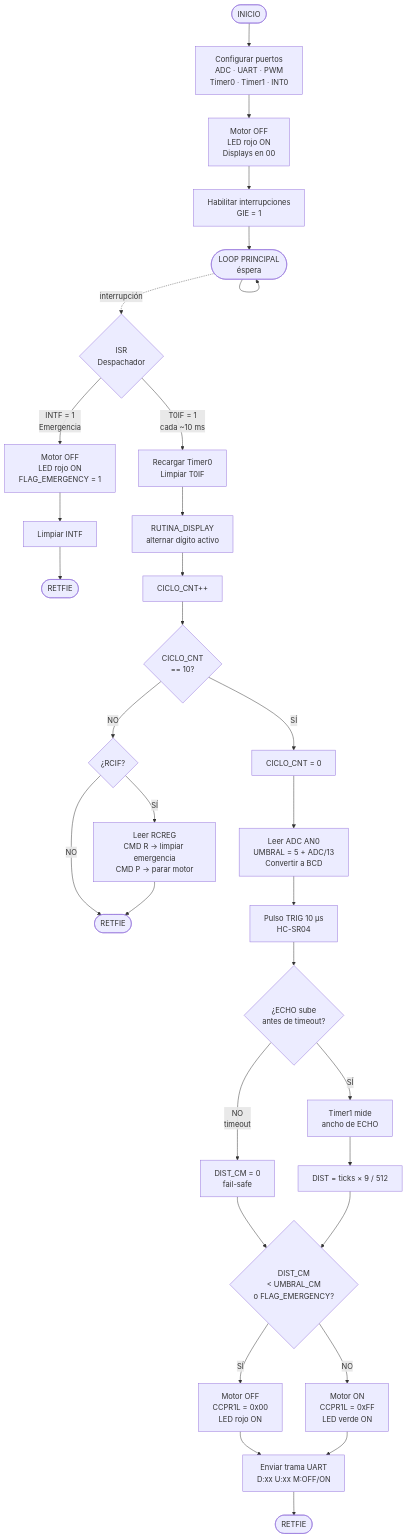
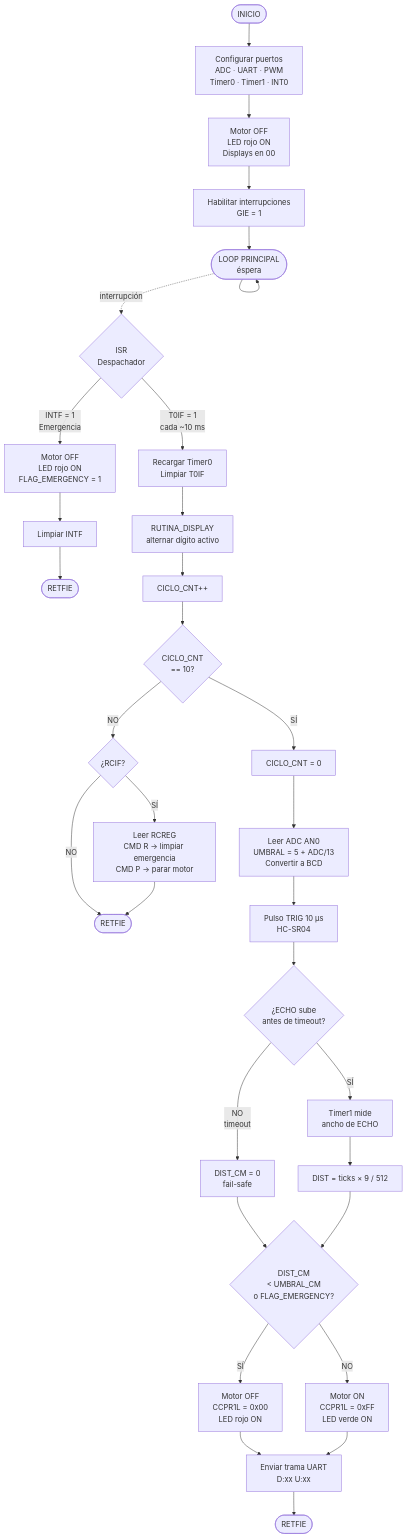
The first of 3 diagrams in README.md (DiligentOtter/Trabajo-Pratico-Final-DII), drawn with Mermaid before and after one commit. The commit also changed other lines of this file, not shown here.

````diff
--- a/README.md
+++ b/README.md
@@ -38,40 +40,40 @@
 ```mermaid
 flowchart TD
     INICIO([INICIO]) --> INIT[Configurar puertos\nADC · UART · PWM\nTimer0 · Timer1 · INT0]
     INIT --> SAFE[Motor OFF\nLED rojo ON\nDisplays en 00]
     SAFE --> GIE[Habilitar interrupciones\nGIE = 1]
     GIE --> LOOP([LOOP PRINCIPAL\néspera])
     LOOP --> LOOP
 
     %% ─── ISR ───
     LOOP -.->|interrupción| ISR{ISR\nDespachador}
 
     ISR -->|INTF = 1\nEmergencia| IEMG[Motor OFF\nLED rojo ON\nFLAG_EMERGENCY = 1]
     IEMG --> BCF_INTF[Limpiar INTF]
     BCF_INTF --> RET1([RETFIE])
 
     ISR -->|T0IF = 1\ncada ~10 ms| RELOAD[Recargar Timer0\nLimpiar T0IF]
     RELOAD --> DISP[RUTINA_DISPLAY\nalternar dígito activo]
     DISP --> INC[CICLO_CNT++]
     INC --> CNT{CICLO_CNT\n== 10?}
 
     CNT -->|NO| RX{¿RCIF?}
     RX -->|SÍ| UART_RX[Leer RCREG\nCMD R → limpiar emergencia\nCMD P → parar motor]
     RX -->|NO| RET2([RETFIE])
     UART_RX --> RET2
 
     CNT -->|SÍ| RST[CICLO_CNT = 0]
     RST --> ADC[Leer ADC AN0\nUMBRAL = 5 + ADC/13\nConvertir a BCD]
     ADC --> TRIG[Pulso TRIG 10 µs\nHC-SR04]
     TRIG --> ECHO{¿ECHO sube\nantes de timeout?}
     ECHO -->|NO\ntimeout| ZERO[DIST_CM = 0\nfail-safe]
     ECHO -->|SÍ| TMR1[Timer1 mide\nancho de ECHO]
     TMR1 --> CALC[DIST = ticks × 9 / 512]
     ZERO --> CMP
     CALC --> CMP{DIST_CM\n< UMBRAL_CM\no FLAG_EMERGENCY?}
     CMP -->|SÍ| MOFF[Motor OFF\nCCPR1L = 0x00\nLED rojo ON]
     CMP -->|NO| MON[Motor ON\nCCPR1L = 0xFF\nLED verde ON]
-    MOFF --> TX[Enviar trama UART\nD:xx U:xx M:OFF/ON]
+    MOFF --> TX[Enviar trama UART\nD:xx U:xx]
     MON --> TX
     TX --> RET3([RETFIE])
 ```
````
